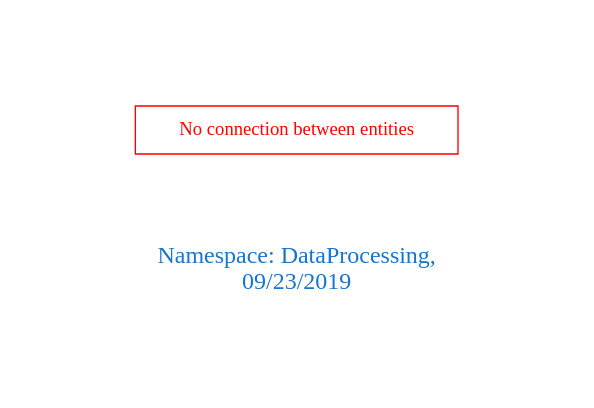
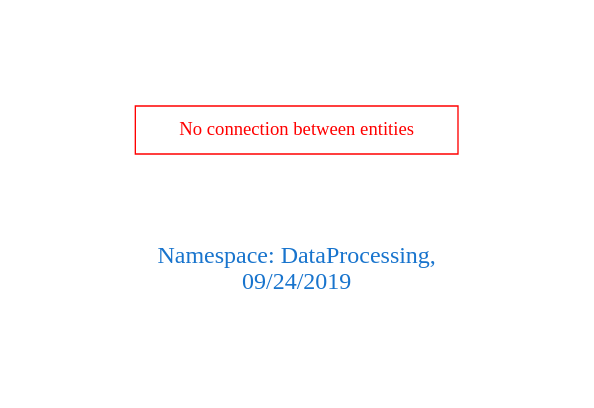
The diagram in downloads/DataProcessing.dot (arago/OGIT), drawn with Graphviz before and after one commit. The commit also changed 175 other files, not shown here.

```diff
--- a/downloads/DataProcessing.dot
+++ b/downloads/DataProcessing.dot
@@ -1,9 +1,9 @@
 digraph OGIT_ontology {
  graph [ rankdir= LR,pad=1 
 fontsize = 18,
-fontcolor= dodgerblue3,label = "\n\n\nNamespace: DataProcessing, \n 09/23/2019"];
+fontcolor= dodgerblue3,label = "\n\n\nNamespace: DataProcessing, \n 09/24/2019"];
 node[shape=polygon];
 edge [  color="gray81"];
 
 "No connection between entities" [fontcolor = "red",color="red", shape="polygon"]
 }
```
